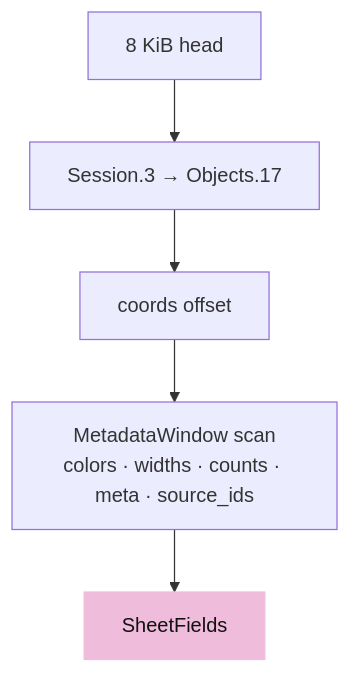
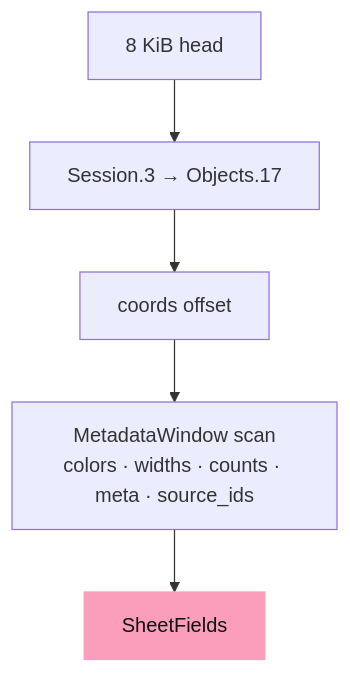
One commit to petrasvestartas/session changed the third of 5 diagrams in session_viewer/docs/19-sheets.md. Above: the diagram before and after it, drawn with Mermaid. The commit also changed other lines of this file and 328 other files, not shown here.

First line of the commit message:
Course: the palette you sent, and mermaid drawn like the drawings

````diff
--- a/session_viewer/docs/19-sheets.md
+++ b/session_viewer/docs/19-sheets.md
@@ -86,7 +86,7 @@
 ```mermaid
 flowchart TB
     A["8 KiB head"] --> B["Session.3 → Objects.17"] --> D["coords offset"]
     D --> E["MetadataWindow scan<br/>colors · widths · counts · meta · source_ids"]
     E --> Fx["SheetFields"]
-    style Fx fill:#f0bcdb,stroke:#f0bcdb,color:#111
+    style Fx fill:#fa9ebc,stroke:#fa9ebc,color:#111
 ```
````
